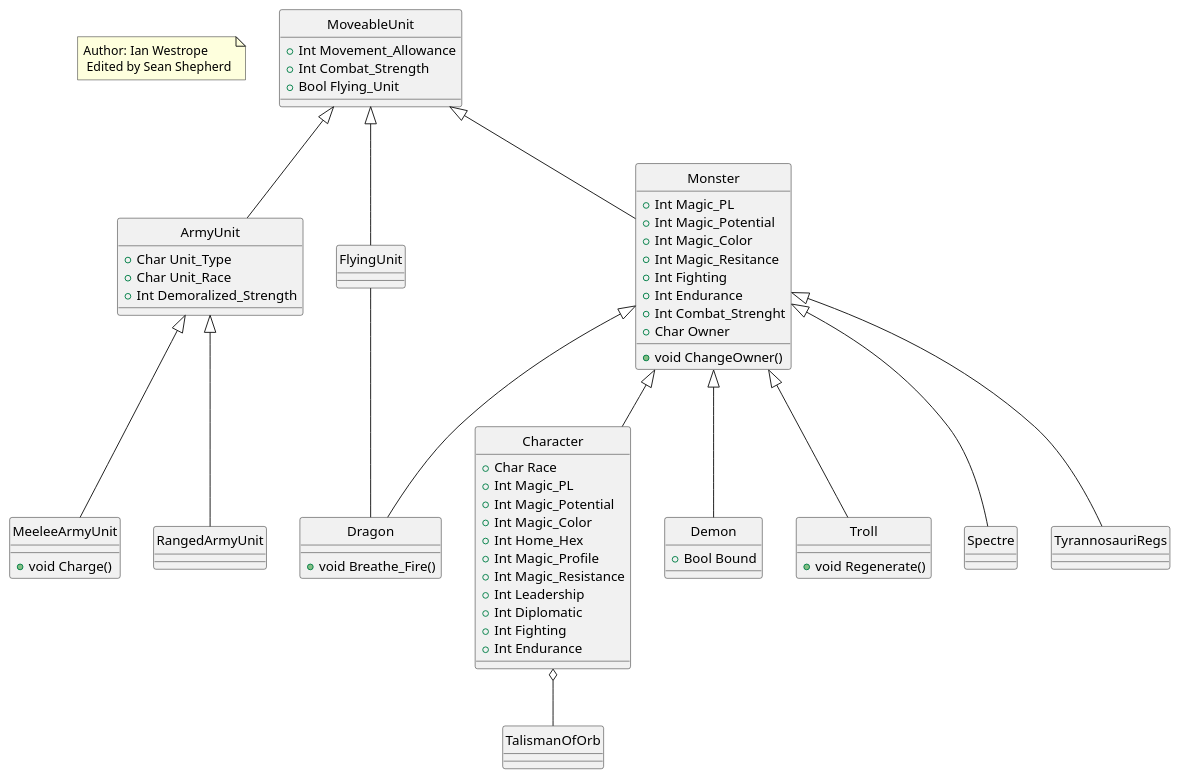
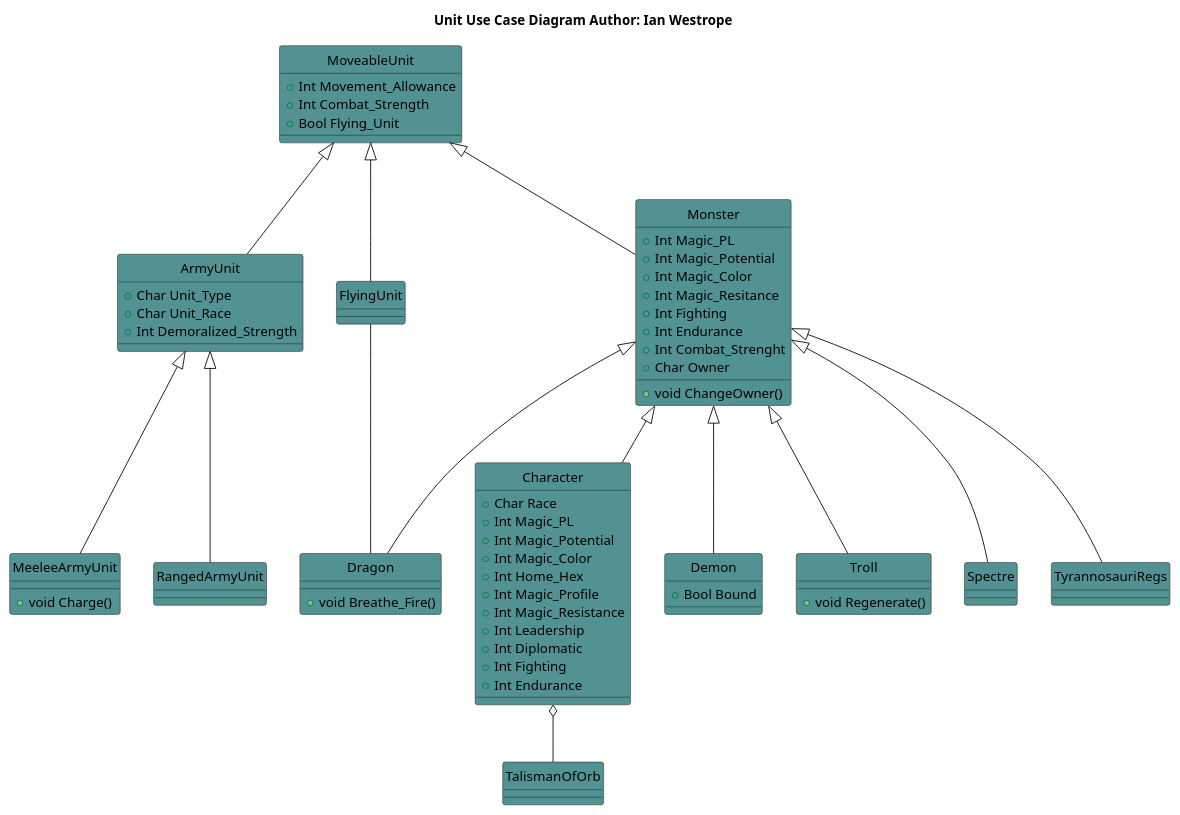
The diagram in doc/units.pu (cjeffery/sworsorc), drawn with PlantUML before and after one commit. The commit also changed 2 other files, not shown here.

Commit message:
standardize diagrams

```diff
--- a/doc/units.pu
+++ b/doc/units.pu
@@ -1,90 +1,90 @@
 @startuml
+hide circles
+title <b>Unit Use Case Diagram<b> Author: Ian Westrope
 
-note "Author: Ian Westrope \n Edited by Sean Shepherd" as Note1
-
-hide circles
-class MoveableUnit{
+class MoveableUnit #529292 {
       +Int Movement_Allowance
       +Int Combat_Strength
       +Bool Flying_Unit
 }
-class Character{
+
+class Character #529292 {
       +Char Race
       +Int Magic_PL
       +Int Magic_Potential
       +Int Magic_Color
       +Int Home_Hex
       +Int Magic_Profile
       +Int Magic_Resistance
       +Int Leadership
       +Int Diplomatic
       +Int Fighting
       +Int Endurance
 }
 
-class ArmyUnit{
+class ArmyUnit #529292 {
       +Char Unit_Type
       +Char Unit_Race
       +Int Demoralized_Strength
 }
 
-class MeeleeArmyUnit{
+class MeeleeArmyUnit #529292 {
       +void Charge()
 }
 
-class RangedArmyUnit{
+class RangedArmyUnit #529292 {
 
 }
 
 
-class Monster{
+class Monster #529292 {
       +Int Magic_PL
       +Int Magic_Potential
       +Int Magic_Color
       +Int Magic_Resitance
       +Int Fighting
       +Int Endurance
       +Int Combat_Strenght
       +Char Owner
       +void ChangeOwner()
 }
 
-class Demon{
+class Demon #529292 {
       +Bool Bound
 }
 
-class Dragon{
+class Dragon #529292 {
       +void Breathe_Fire()
 }
 
-class Troll{
+class Troll #529292 {
       +void Regenerate()
 }
 
-class Spectre
+class Spectre #529292 
 
-class TyrannosauriRegs
+class TyrannosauriRegs #529292 
 
-class TalismanOfOrb
+class TalismanOfOrb #529292 
 
-Class FlyingUnit
+Class FlyingUnit #529292 
 
 MoveableUnit <|-- Monster
 MoveableUnit <|-- FlyingUnit
 MoveableUnit <|-- ArmyUnit
 
 Monster <|-- Character
 Monster <|-- Demon
 Monster <|-- Troll
 Monster <|-- TyrannosauriRegs
 Monster <|-- Spectre
 Monster <|-- Dragon
 
 ArmyUnit <|-- RangedArmyUnit
 ArmyUnit <|-- MeeleeArmyUnit
 
 Character o-- TalismanOfOrb
 
 FlyingUnit -- Dragon
 
 @enduml
```
